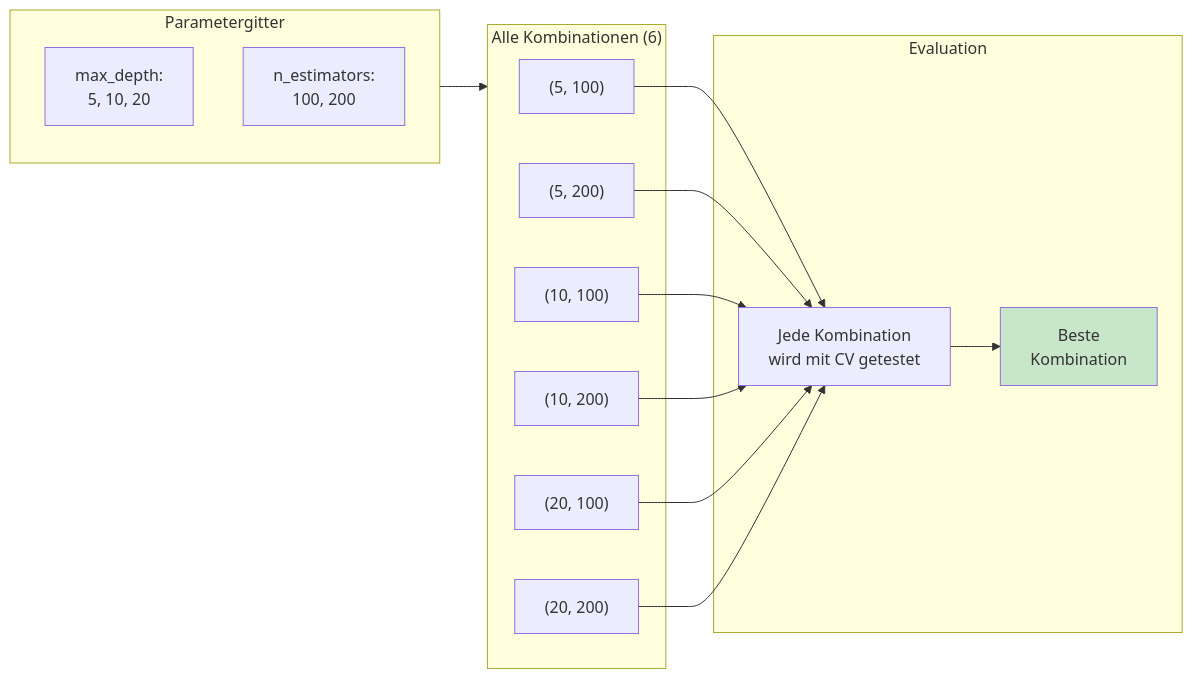
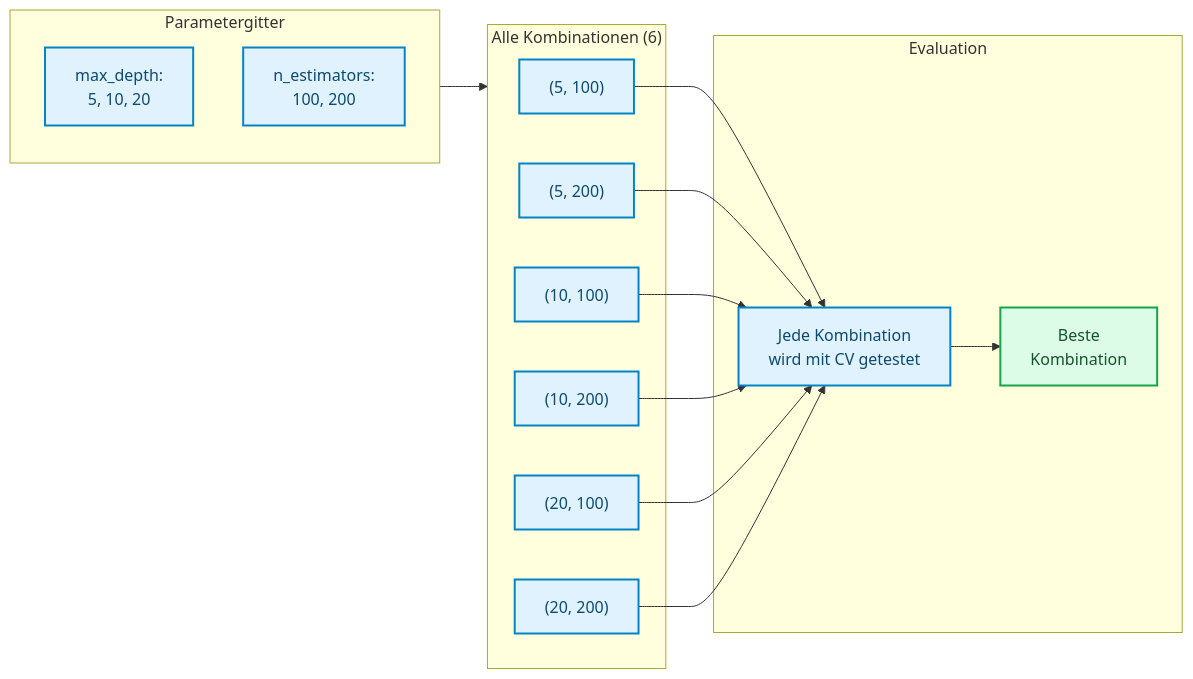
Before and after one commit to ralf-42/ML_Intro: the fourth of 12 diagrams in docs/concepts/evaluate/hyperparameter_tuning.md, drawn with Mermaid. The commit also changed other lines of this file and 67 other files, not shown here.

````diff
--- a/docs/concepts/evaluate/hyperparameter_tuning.md
+++ b/docs/concepts/evaluate/hyperparameter_tuning.md
@@ -173,30 +178,32 @@
 ```mermaid
 flowchart LR
     subgraph grid["Parametergitter"]
         P1["max_depth:<br/>5, 10, 20"]
         P2["n_estimators:<br/>100, 200"]
     end
     
     subgraph combinations["Alle Kombinationen (6)"]
         C1["(5, 100)"]
         C2["(5, 200)"]
         C3["(10, 100)"]
         C4["(10, 200)"]
         C5["(20, 100)"]
         C6["(20, 200)"]
     end
     
     subgraph eval["Evaluation"]
         C1 --> E["Jede Kombination<br/>wird mit CV getestet"]
         C2 --> E
         C3 --> E
         C4 --> E
         C5 --> E
         C6 --> E
         E --> B["Beste<br/>Kombination"]
     end
     
     grid --> combinations
-    
-    style B fill:#c8e6c9
+
+    classDef default fill:#e0f2fe,stroke:#0284c7,stroke-width:2px,color:#0c4a6e;
+    classDef output fill:#dcfce7,stroke:#16a34a,stroke-width:2px,color:#14532d;
+    class B output;
 ```
````
